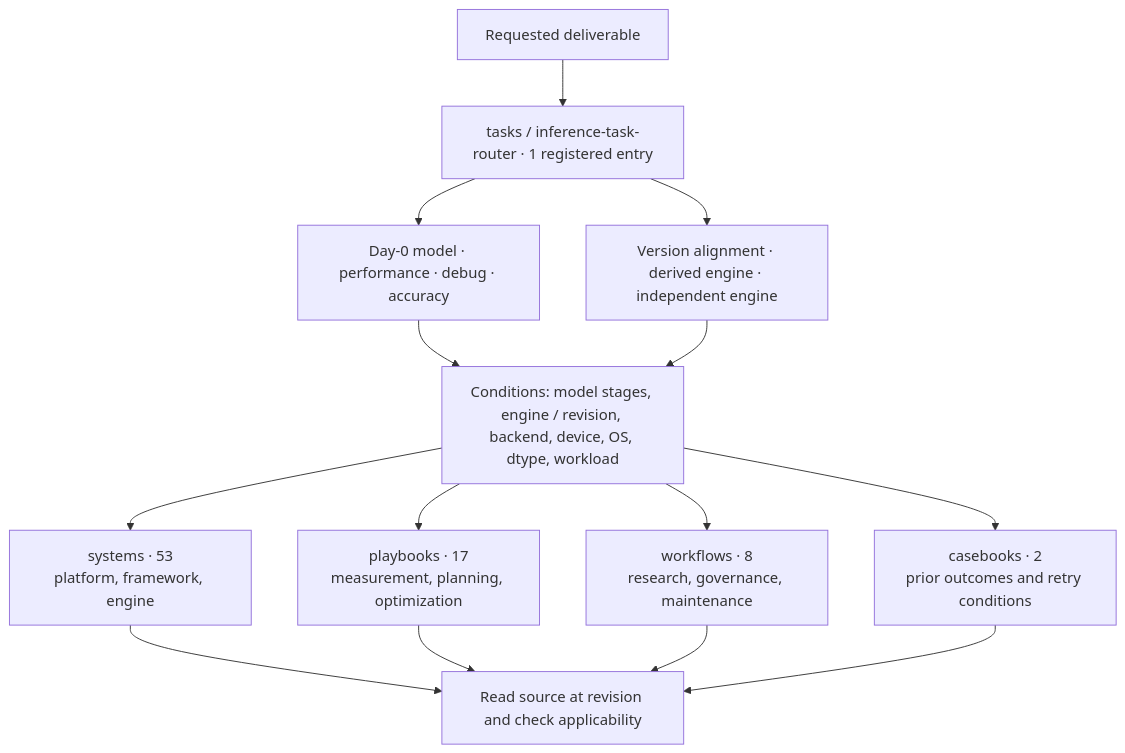
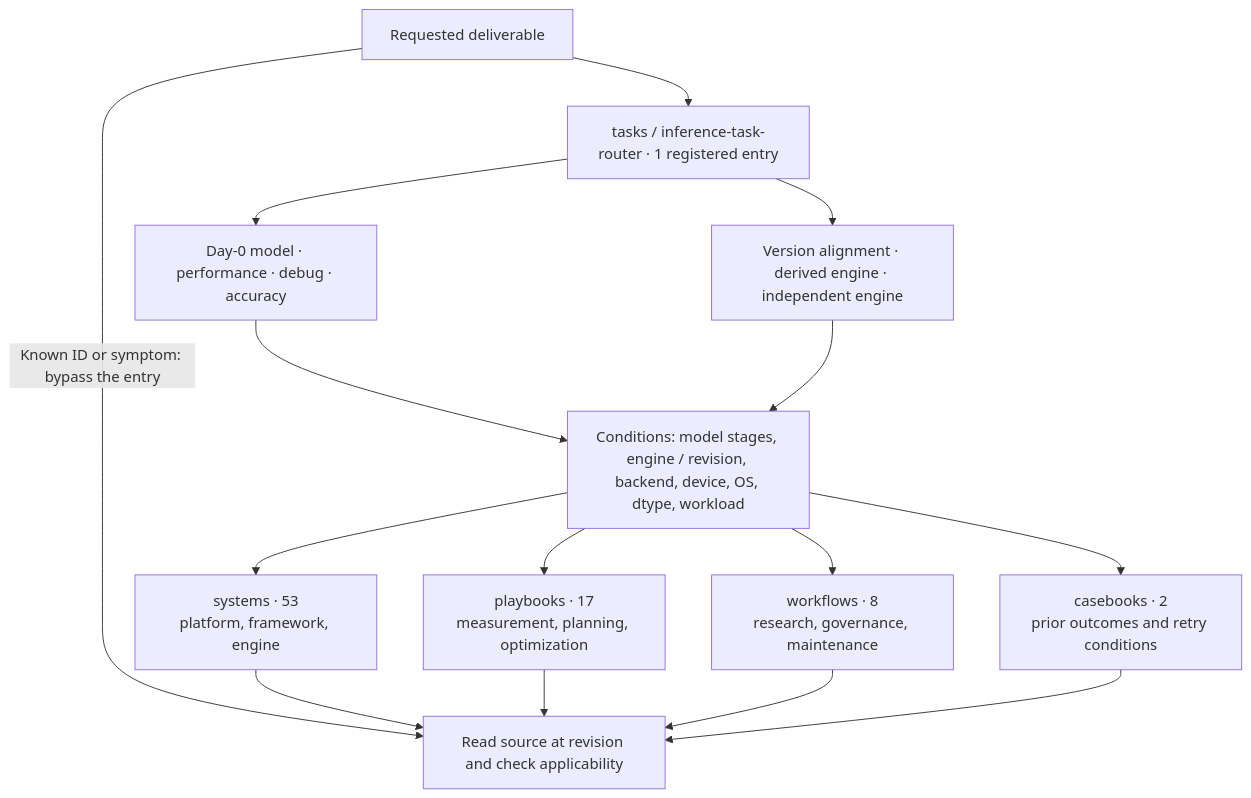
One commit to InferMatrixLab/InferRSI changed the first of 4 diagrams in docs/knowledge-layout.md. Above: the diagram before and after it, drawn with Mermaid. The commit also changed other lines of this file, not shown here.

Commit message:
Clarify optional task navigation and historical revision behavior

````diff
--- a/docs/knowledge-layout.md
+++ b/docs/knowledge-layout.md
@@ -9,16 +9,17 @@
 ```mermaid
 flowchart TB
     A["Requested deliverable"] --> T["tasks / inference-task-router · 1 registered entry"]
+    A -->|Known ID or symptom: bypass the entry| E["Read source at revision and check applicability"]
     T --> R1["Day-0 model · performance · debug · accuracy"]
     T --> R2["Version alignment · derived engine · independent engine"]
     R1 --> C["Conditions: model stages, engine / revision, backend, device, OS, dtype, workload"]
     R2 --> C
     C --> S["systems · 53<br/>platform, framework, engine"]
     C --> P["playbooks · 17<br/>measurement, planning, optimization"]
     C --> W["workflows · 8<br/>research, governance, maintenance"]
     C --> B["casebooks · 2<br/>prior outcomes and retry conditions"]
-    S --> E["Read source at revision and check applicability"]
+    S --> E
     P --> E
     W --> E
     B --> E
 ```
````
